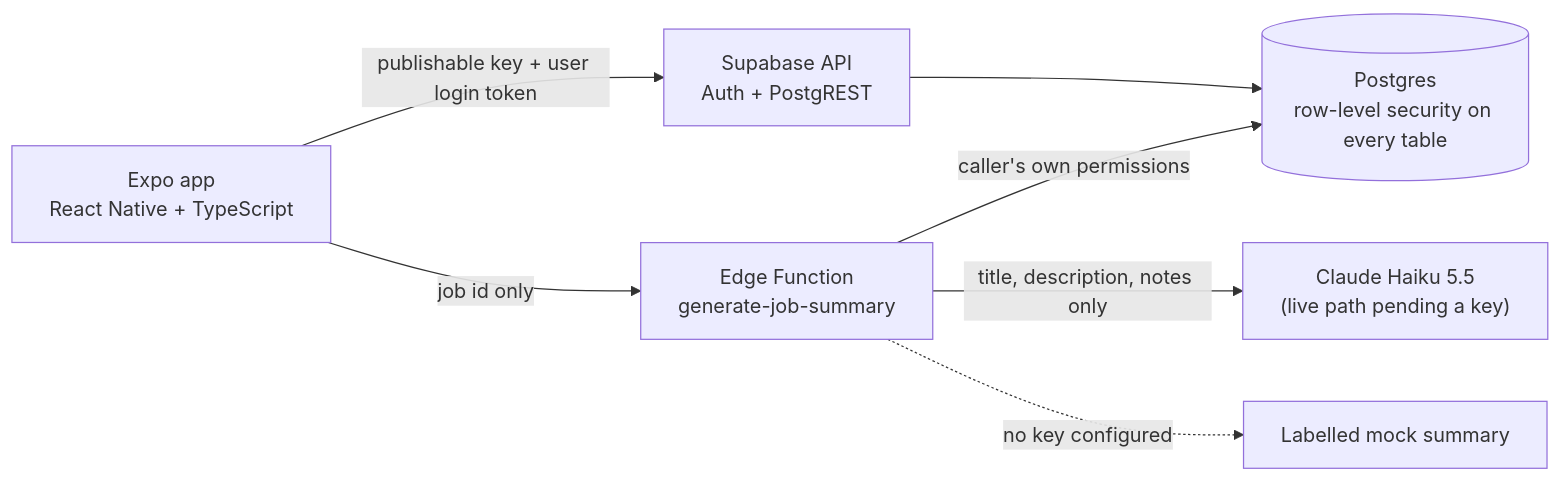
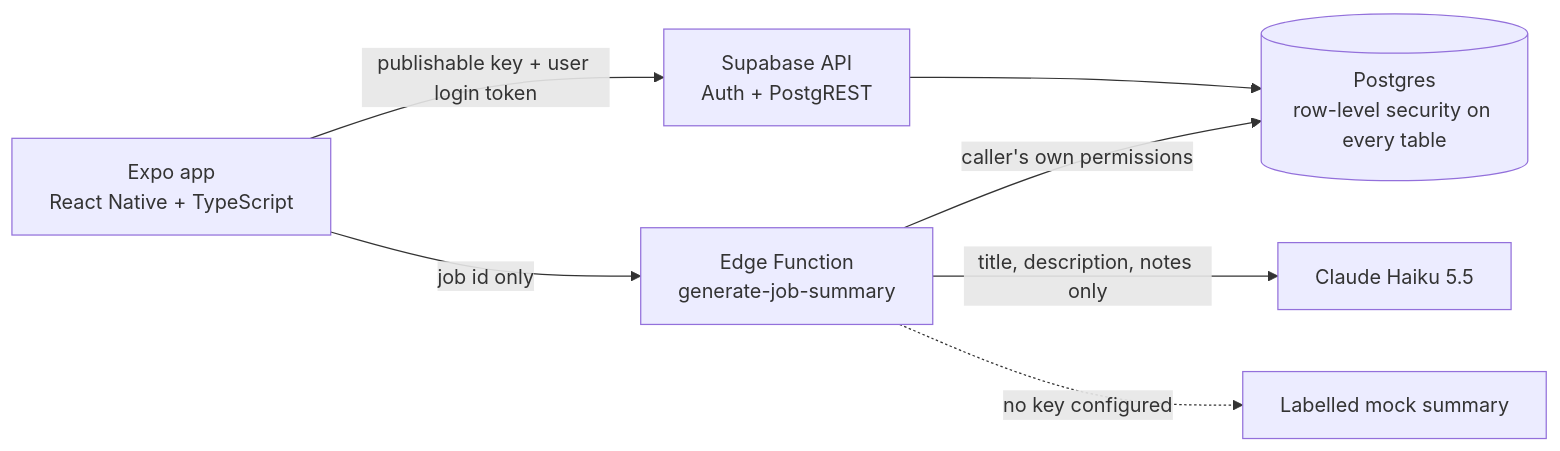
Before and after one commit to NosherKhalid/serviloop: the first of 2 diagrams in README.md, drawn with Mermaid. The commit also changed other lines of this file and 3 other files, not shown here.

````diff
--- a/README.md
+++ b/README.md
@@ -37,9 +37,9 @@
 ```mermaid
 flowchart LR
     App["Expo app<br/>React Native + TypeScript"] -->|"publishable key + user login token"| API["Supabase API<br/>Auth + PostgREST"]
     API --> DB[("Postgres<br/>row-level security on every table")]
     App -->|"job id only"| Fn["Edge Function<br/>generate-job-summary"]
     Fn -->|"caller's own permissions"| DB
-    Fn -->|"title, description, notes only"| AI["Claude Haiku 5.5<br/>(live path pending a key)"]
+    Fn -->|"title, description, notes only"| AI["Claude Haiku 5.5"]
     Fn -.->|"no key configured"| Mock["Labelled mock summary"]
 ```
````
